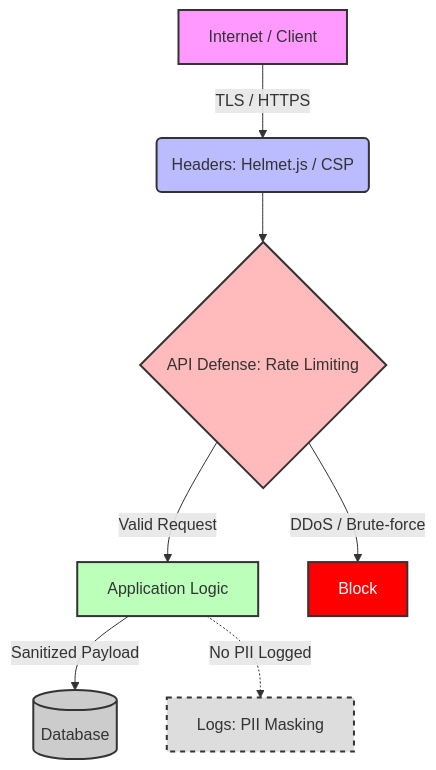
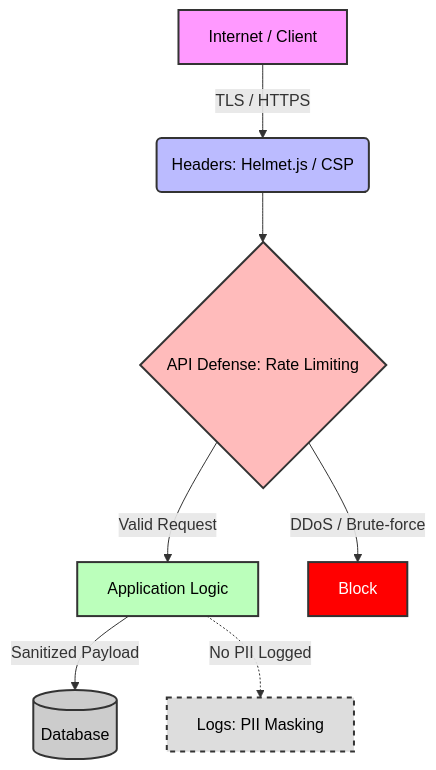
One commit to beginwebdev2002/best-practise changed the diagram in .jules/rules/security.md. Above: the diagram before and after it, drawn with Mermaid. The commit also changed 20 other files, not shown here.

First line of the commit message:
docs: update mermaid diagrams with UI/UX design tokens styling

````diff
--- a/.jules/rules/security.md
+++ b/.jules/rules/security.md
@@ -39,17 +39,22 @@
 ```mermaid
 graph TD
     A[Internet / Client] -->|TLS / HTTPS| B(Headers: Helmet.js / CSP)
     B --> C{API Defense: Rate Limiting}
     C -->|Valid Request| D[Application Logic]
     C -->|DDoS / Brute-force| E[Block]
     D -->|Sanitized Payload| F[(Database)]
     D -.->|No PII Logged| G[Logs: PII Masking]
 
     style A fill:#f9f,stroke:#333,stroke-width:2px
     style B fill:#bbf,stroke:#333,stroke-width:2px
     style C fill:#fbb,stroke:#333,stroke-width:2px
     style D fill:#bfb,stroke:#333,stroke-width:2px
     style E fill:#f00,stroke:#333,stroke-width:2px,color:#fff
     style F fill:#ccc,stroke:#333,stroke-width:2px
     style G fill:#ddd,stroke:#333,stroke-width:2px,stroke-dasharray: 5 5
+    %% Added Design Token Styles for Mermaid Diagrams
+    classDef default fill:#e1f5fe,stroke:#03a9f4,stroke-width:2px,color:#000;
+    classDef component fill:#e8f5e9,stroke:#4caf50,stroke-width:2px,color:#000;
+    classDef layout fill:#f3e5f5,stroke:#9c27b0,stroke-width:2px,color:#000;
+
 ```
````
